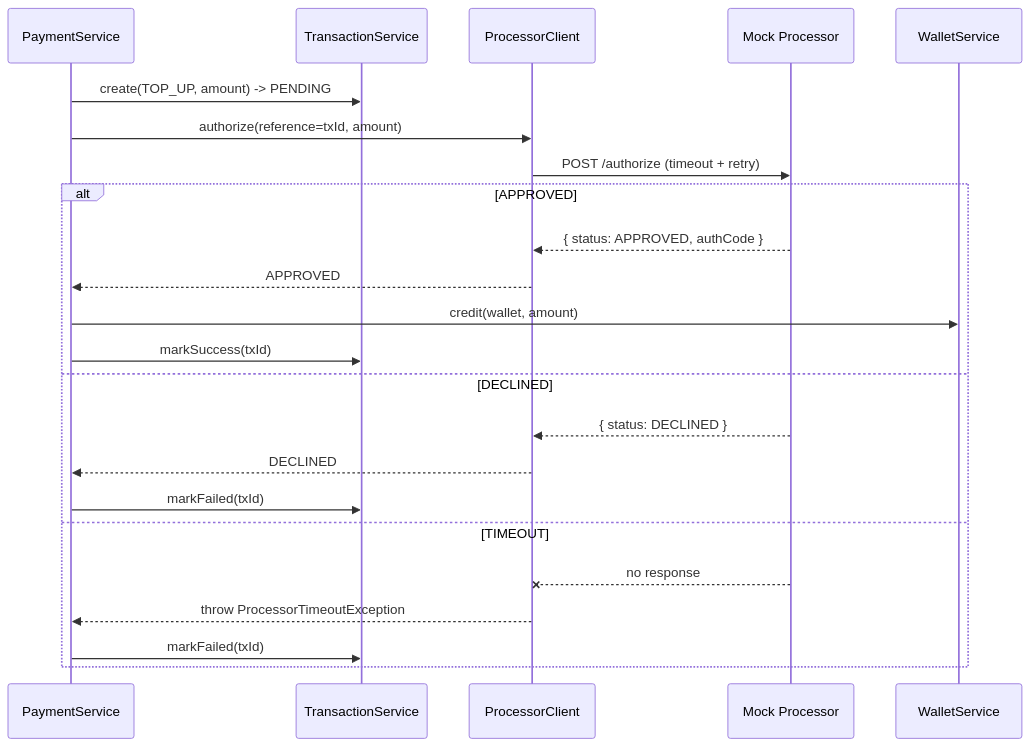
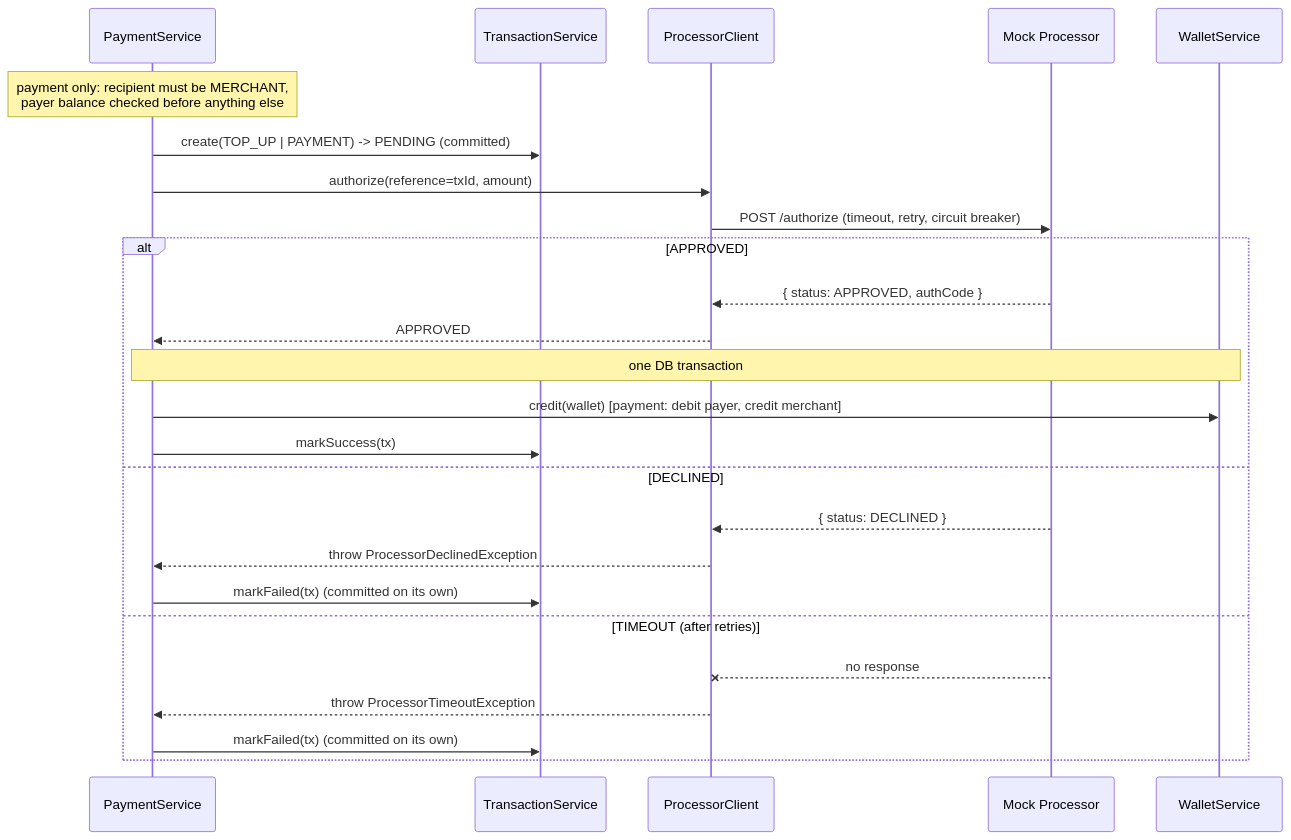
Before and after one commit to M-o-m-e-n/finthos: the fourth of 5 diagrams in docs/LLD.md, drawn with Mermaid. The commit also changed other lines of this file, not shown here.

Commit message:
docs(lld): document packages, flows, idempotency rules and error mapping

````diff
--- a/docs/LLD.md
+++ b/docs/LLD.md
@@ -186,26 +245,28 @@
 ```mermaid
 sequenceDiagram
     participant PS as PaymentService
     participant TXS as TransactionService
     participant PC as ProcessorClient
     participant M as Mock Processor
     participant WS as WalletService
 
-    PS->>TXS: create(TOP_UP, amount) -> PENDING
+    Note over PS: payment only: recipient must be MERCHANT,<br/>payer balance checked before anything else
+    PS->>TXS: create(TOP_UP | PAYMENT) -> PENDING (committed)
     PS->>PC: authorize(reference=txId, amount)
-    PC->>M: POST /authorize (timeout + retry)
+    PC->>M: POST /authorize (timeout, retry, circuit breaker)
     alt APPROVED
         M-->>PC: { status: APPROVED, authCode }
         PC-->>PS: APPROVED
-        PS->>WS: credit(wallet, amount)
-        PS->>TXS: markSuccess(txId)
+        Note over PS,WS: one DB transaction
+        PS->>WS: credit(wallet) [payment: debit payer, credit merchant]
+        PS->>TXS: markSuccess(tx)
     else DECLINED
         M-->>PC: { status: DECLINED }
-        PC-->>PS: DECLINED
-        PS->>TXS: markFailed(txId)
-    else TIMEOUT
+        PC-->>PS: throw ProcessorDeclinedException
+        PS->>TXS: markFailed(tx) (committed on its own)
+    else TIMEOUT (after retries)
         M--xPC: no response
         PC-->>PS: throw ProcessorTimeoutException
-        PS->>TXS: markFailed(txId)
+        PS->>TXS: markFailed(tx) (committed on its own)
     end
 ```
````
